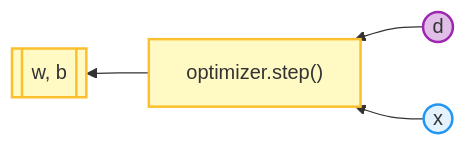
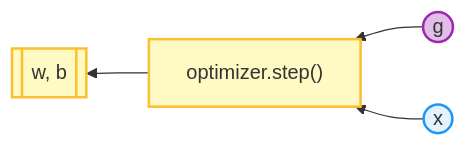
The diagram in mermaid-scripts/01-step.mmd (GPTmini/GPTmini), drawn with Mermaid before and after one commit. The commit also changed 10 other files, not shown here.

```diff
--- a/mermaid-scripts/01-step.mmd
+++ b/mermaid-scripts/01-step.mmd
@@ -1,10 +1,10 @@
 flowchart RL
     classDef in fill:#E3F2FD,stroke:#2196F3,stroke-width:2px;
     classDef model fill:#FFF9C4,stroke:#FBC02D,stroke-width:2px;
     classDef data fill:#E1BEE7,stroke:#9C27B0,stroke-width:2px;
     classDef test fill:#F8BBD0,stroke:#E91E63,stroke-width:2px;
     classDef out fill:#DCEDC8,stroke:#8BC34A,stroke-width:2px;
     classDef skip stroke:#B0BEC5,stroke-width:2px,stroke-dasharray: 5 5;
 
-    d((d)):::data --> B["optimizer.step()"]:::model --> W[[w, b]]:::model
+    g((g)):::data --> B["optimizer.step()"]:::model --> W[[w, b]]:::model
     x((x)):::in --> B
```
